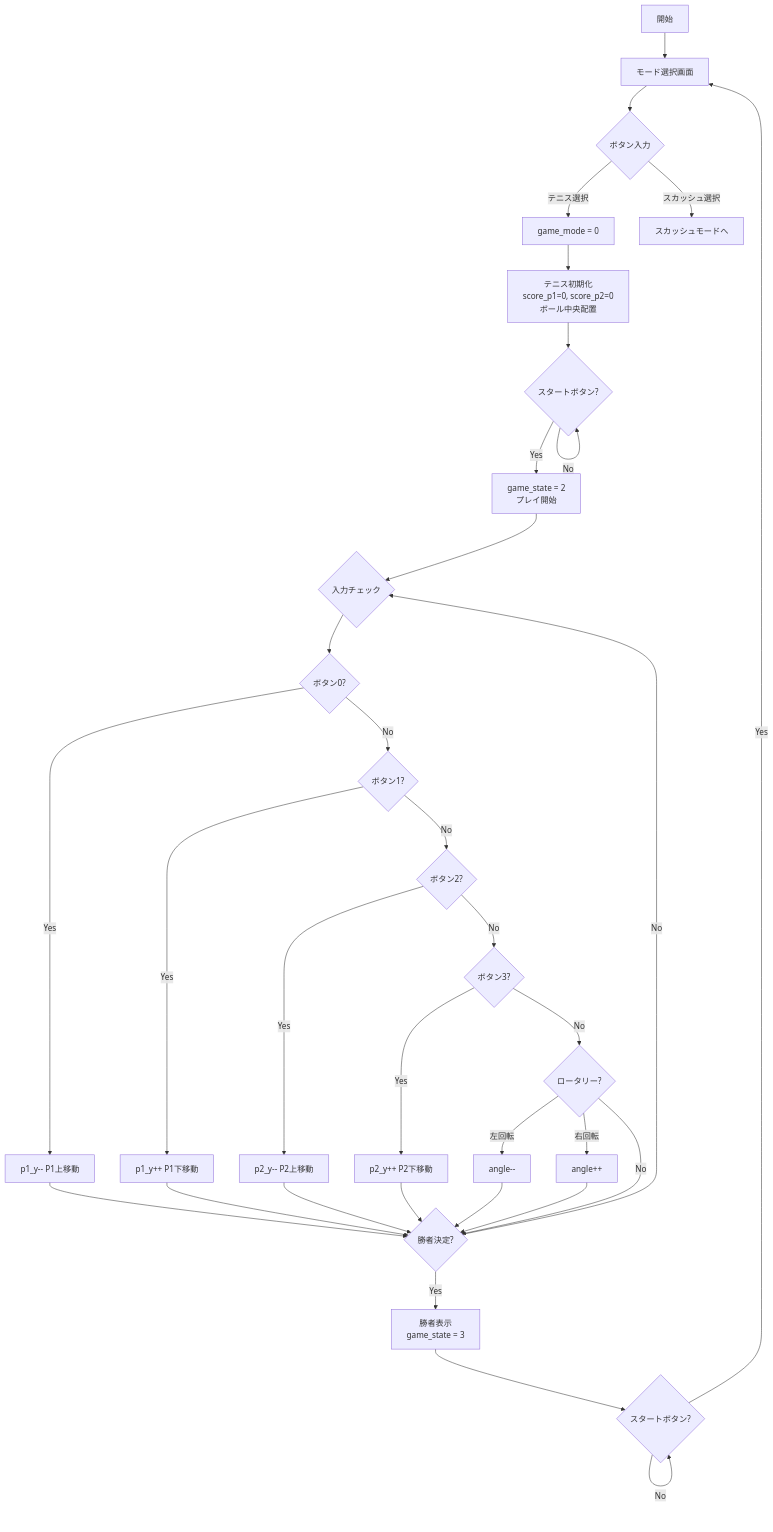
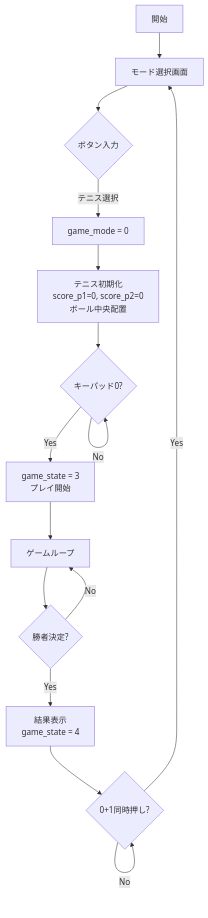
Before and after one commit to Kenyan822/MP: the first of 5 diagrams in docs/仕様書.md, drawn with Mermaid. The commit also changed other lines of this file and 4 other files, not shown here.

````diff
--- a/docs/仕様書.md
+++ b/docs/仕様書.md
@@ -117,38 +112,18 @@
 ```mermaid
 flowchart TD
     A[開始] --> B[モード選択画面]
     B --> C{ボタン入力}
     C -->|テニス選択| D[game_mode = 0]
-    C -->|スカッシュ選択| S[スカッシュモードへ]
     D --> E[テニス初期化<br>score_p1=0, score_p2=0<br>ボール中央配置]
-    E --> F{スタートボタン?}
+    E --> F{キーパッド0?}
     F -->|No| F
-    F -->|Yes| G[game_state = 2<br>プレイ開始]
-    
-    G --> H{入力チェック}
-    H --> H1{ボタン0?}
-    H1 -->|Yes| I1[p1_y-- P1上移動]
-    H1 -->|No| H2{ボタン1?}
-    H2 -->|Yes| I2[p1_y++ P1下移動]
-    H2 -->|No| H3{ボタン2?}
-    H3 -->|Yes| I3[p2_y-- P2上移動]
-    H3 -->|No| H4{ボタン3?}
-    H4 -->|Yes| I4[p2_y++ P2下移動]
-    H4 -->|No| H5{ロータリー?}
-    H5 -->|左回転| I5[angle--]
-    H5 -->|右回転| I6[angle++]
-    H5 -->|No| J
-    I1 --> J
-    I2 --> J
-    I3 --> J
-    I4 --> J
-    I5 --> J
-    I6 --> J
-    
-    J{勝者決定?}
-    J -->|No| H
-    J -->|Yes| K[勝者表示<br>game_state = 3]
-    K --> L{スタートボタン?}
-    L -->|No| L
-    L -->|Yes| B
+    F -->|Yes| G[game_state = 3<br>プレイ開始]
+
+    G --> H[ゲームループ]
+    H --> I{勝者決定?}
+    I -->|No| H
+    I -->|Yes| J[結果表示<br>game_state = 4]
+    J --> K{0+1同時押し?}
+    K -->|No| K
+    K -->|Yes| B
 ```
````
